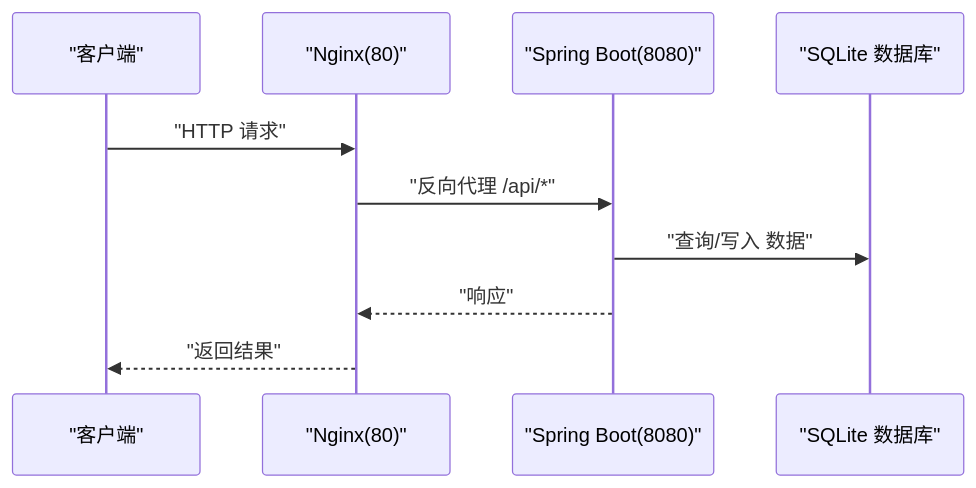
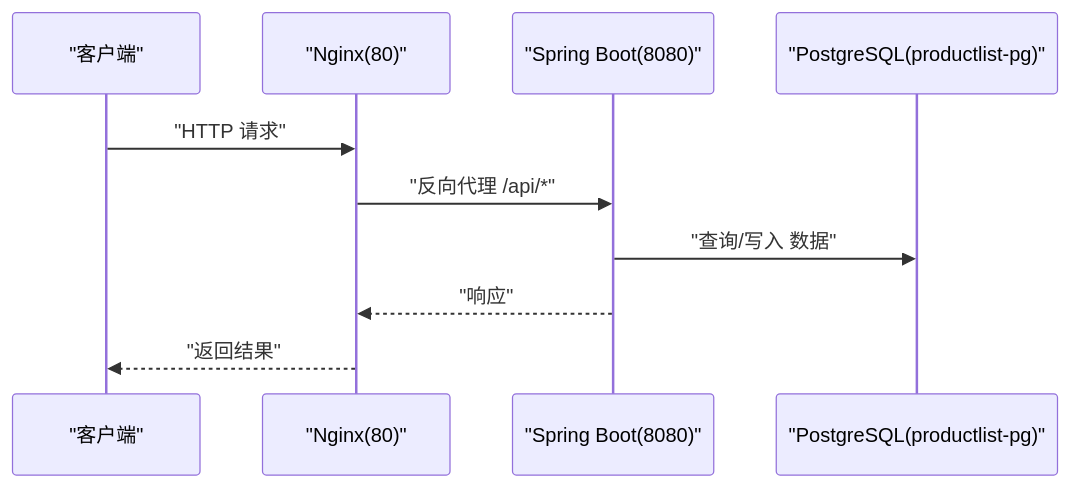
Before and after one commit to kinke0/ProductList: the second of 4 diagrams in .qoder/repowiki/zh/content/部署与运维/Docker容器化部署.md, drawn with Mermaid. The commit also changed other lines of this file and 106 other files, not shown here.

Commit message:
V1.1.0: 修复清单导航树不匹配+统计视图加载遮罩+上下移提示

````diff
--- a/.qoder/repowiki/zh/content/部署与运维/Docker容器化部署.md
+++ b/.qoder/repowiki/zh/content/部署与运维/Docker容器化部署.md
@@ -92,12 +104,12 @@
 ```mermaid
 sequenceDiagram
 participant U as "客户端"
 participant N as "Nginx(80)"
 participant S as "Spring Boot(8080)"
-participant D as "SQLite 数据库"
+participant PG as "PostgreSQL(productlist-pg)"
 U->>N : "HTTP 请求"
 N->>S : "反向代理 /api/*"
-S->>D : "查询/写入 数据"
+S->>PG : "查询/写入 数据"
 S-->>N : "响应"
 N-->>U : "返回结果"
 ```
````
